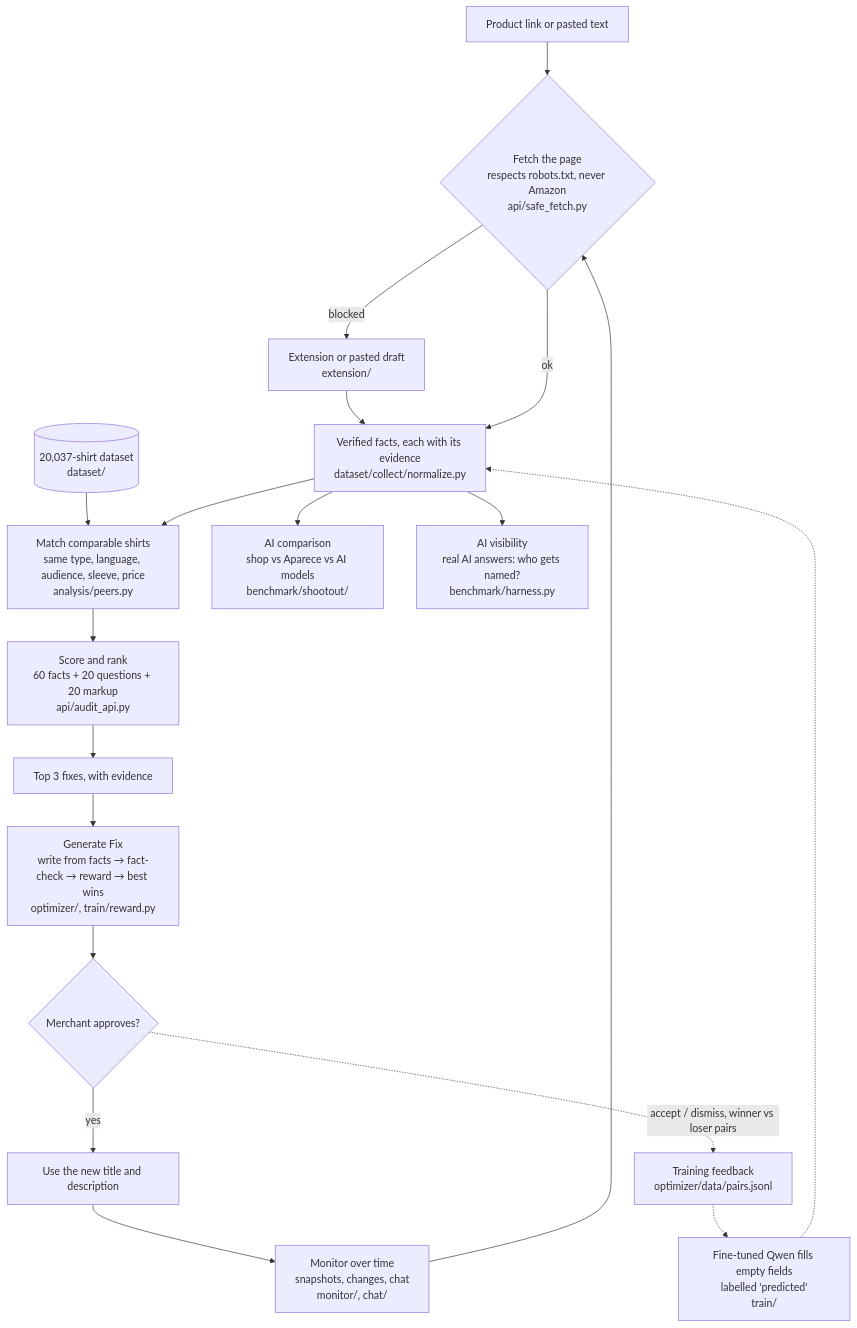
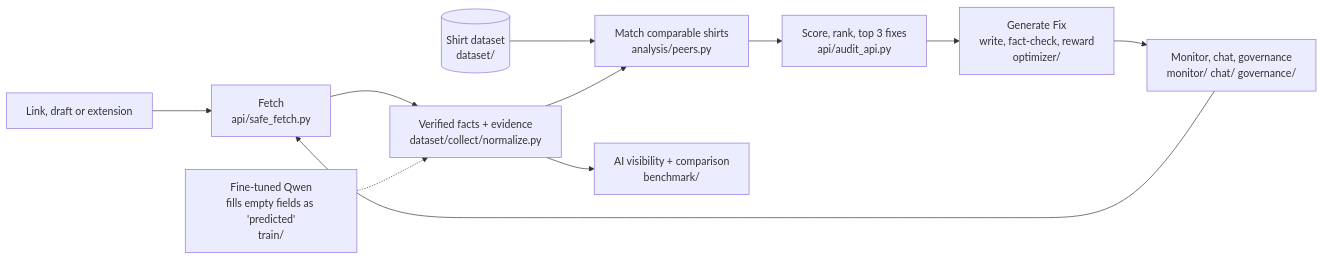
One commit to 1n1t6Sh3ll/Aparece changed the diagram in README.md. Above: the diagram before and after it, drawn with Mermaid. The commit also changed other lines of this file and 3 other files, not shown here.

````diff
--- a/README.md
+++ b/README.md
@@ -17,21 +31,13 @@
 ```mermaid
-flowchart TD
-    U["Product link or pasted text"] --> F{"Fetch the page<br/>respects robots.txt, never Amazon<br/>api/safe_fetch.py"}
-    F -- blocked --> X["Extension or pasted draft<br/>extension/"]
-    X --> V
-    F -- ok --> V["Verified facts, each with its evidence<br/>dataset/collect/normalize.py"]
-    Q["Fine-tuned Qwen fills empty fields<br/>labelled 'predicted'<br/>train/"] -.-> V
-    D[("20,037-shirt dataset<br/>dataset/")] --> M
-    V --> M["Match comparable shirts<br/>same type, language, audience, sleeve, price<br/>analysis/peers.py"]
-    M --> S["Score and rank<br/>60 facts + 20 questions + 20 markup<br/>api/audit_api.py"]
-    S --> A["Top 3 fixes, with evidence"]
-    A --> G["Generate Fix<br/>write from facts → fact-check → reward → best wins<br/>optimizer/, train/reward.py"]
-    G --> H{"Merchant approves?"}
-    H -- yes --> P["Use the new title and description"]
-    H -. "accept / dismiss, winner vs loser pairs" .-> T["Training feedback<br/>optimizer/data/pairs.jsonl"]
-    T -.-> Q
-    V --> C["AI comparison<br/>shop vs Aparece vs AI models<br/>benchmark/shootout/"]
-    V --> B["AI visibility<br/>real AI answers: who gets named?<br/>benchmark/harness.py"]
-    P --> N["Monitor over time<br/>snapshots, changes, chat<br/>monitor/, chat/"]
+flowchart LR
+    U["Link, draft or extension"] --> F["Fetch<br/>api/safe_fetch.py"]
+    F --> V["Verified facts + evidence<br/>dataset/collect/normalize.py"]
+    Q["Fine-tuned Qwen<br/>fills empty fields as 'predicted'<br/>train/"] -.-> V
+    D[("Shirt dataset<br/>dataset/")] --> M
+    V --> M["Match comparable shirts<br/>analysis/peers.py"]
+    M --> S["Score, rank, top 3 fixes<br/>api/audit_api.py"]
+    S --> G["Generate Fix<br/>write, fact-check, reward<br/>optimizer/"]
+    V --> B["AI visibility + comparison<br/>benchmark/"]
+    G --> N["Monitor, chat, governance<br/>monitor/ chat/ governance/"]
     N --> F
 ```
````
